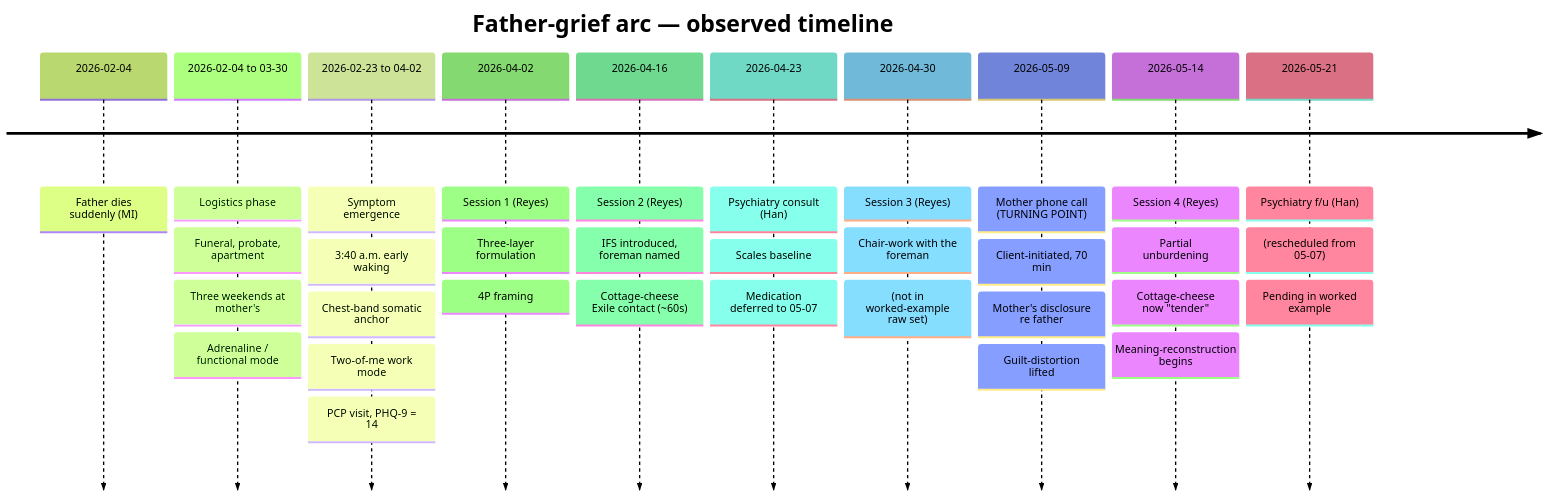
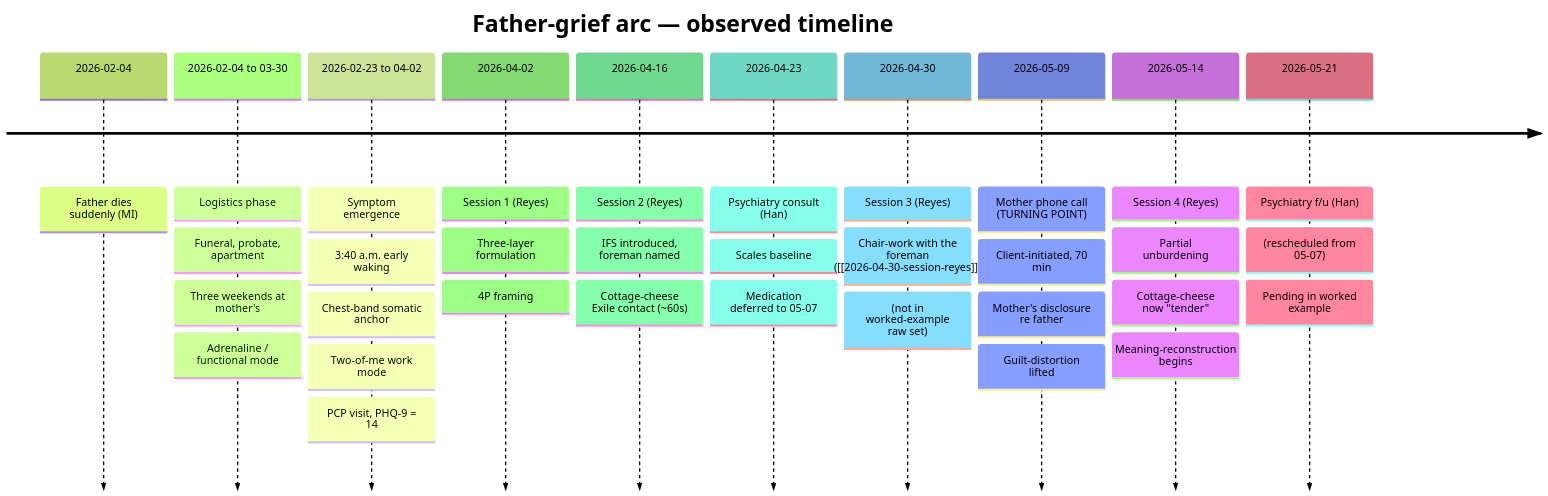
The diagram in domains/psychology/wiki/themes/father-grief-arc.md (ycaptain/densa), drawn with Mermaid (forest theme) before and after one commit. The commit also changed other lines of this file and 116 other files, not shown here.

````diff
--- a/domains/psychology/wiki/themes/father-grief-arc.md
+++ b/domains/psychology/wiki/themes/father-grief-arc.md
@@ -33,37 +33,37 @@
 ```mermaid
 timeline
     title Father-grief arc — observed timeline
     2026-02-04 : Father dies suddenly (MI)
     2026-02-04 to 03-30 : Logistics phase
                        : Funeral, probate, apartment
                        : Three weekends at mother's
                        : Adrenaline / functional mode
     2026-02-23 to 04-02 : Symptom emergence
                        : 3:40 a.m. early waking
                        : Chest-band somatic anchor
                        : Two-of-me work mode
                        : PCP visit, PHQ-9 = 14
     2026-04-02 : Session 1 (Reyes)
                        : Three-layer formulation
                        : 4P framing
     2026-04-16 : Session 2 (Reyes)
                        : IFS introduced, foreman named
                        : Cottage-cheese Exile contact (~60s)
     2026-04-23 : Psychiatry consult (Han)
                        : Scales baseline
                        : Medication deferred to 05-07
     2026-04-30 : Session 3 (Reyes)
-                       : Chair-work with the foreman
+                       : Chair-work with the foreman ([[2026-04-30-session-reyes]])
                        : (not in worked-example raw set)
     2026-05-09 : Mother phone call (TURNING POINT)
                        : Client-initiated, 70 min
                        : Mother's disclosure re father
                        : Guilt-distortion lifted
     2026-05-14 : Session 4 (Reyes)
                        : Partial unburdening
                        : Cottage-cheese now "tender"
                        : Meaning-reconstruction begins
     2026-05-21 : Psychiatry f/u (Han)
                        : (rescheduled from 05-07)
                        : Pending in worked example
 ```
````
